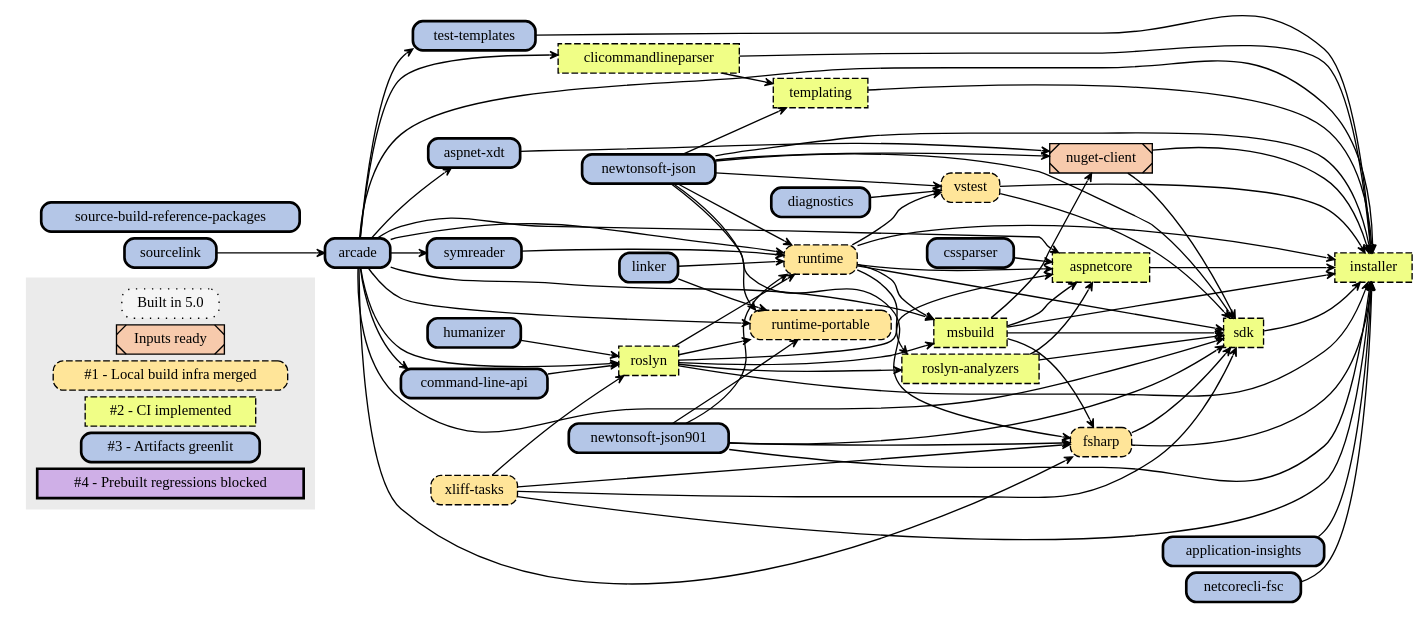
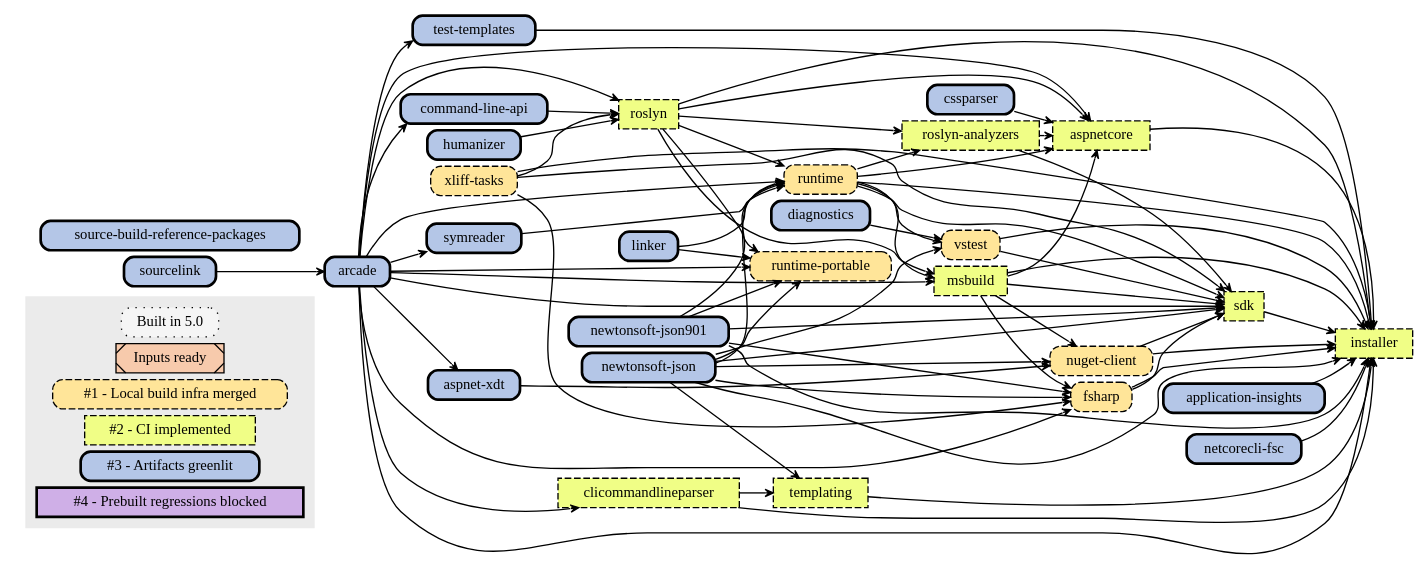
The diagram in Documentation/planning/arcade-powered-source-build/img/implementation-plan-graph.dot (dotnet/source-build), drawn with Graphviz before and after one commit. The commit also changed other lines of this file, not shown here.

```diff
--- a/Documentation/planning/arcade-powered-source-build/img/implementation-plan-graph.dot
+++ b/Documentation/planning/arcade-powered-source-build/img/implementation-plan-graph.dot
@@ -1,147 +1,147 @@
 // dot.exe implementation-plan-graph.dot -Tsvg -o implementation-plan-graph.svg
 
 digraph {
 node[
   shape=rect
   width=0 height=0 margin=0.07
   style=filled
   fontsize=11]
 edge[
   penwidth=1
   arrowsize=0.6
   arrowhead=vee
   pencolor="#444444"]
 rankdir=LR
 nodesep=0.07
 ranksep=0.08
 
 node [fillcolor="#F5F5F5",style="dotted,filled,rounded",tooltip="Built"]
 "pre0"[label="Built in 5.0"]
 
 node [fillcolor="#F7CAAC",style="filled,diagonals",tooltip="Inputs ready"]
 "pre1"[label="Inputs ready"]
-"nuget-client"
 
 node [fillcolor="#FFE599",style="dashed,filled,rounded",tooltip="1"]
 "s1"[label="#1 - Local build infra merged"]
 "fsharp"
-"vstest"
+"nuget-client"
 "runtime-portable"
 "runtime"
 "xliff-tasks"
+"vstest"
 
 node [fillcolor="#F0FE86",style="dashed,filled",tooltip="2"]
 "s2"[label="#2 - CI implemented"]
 "aspnetcore"
 "clicommandlineparser"
 "installer"
 "msbuild"
 "roslyn"
 "roslyn-analyzers"
 "sdk"
 "templating"
 
 node [fillcolor="#B4C6E7",style="bold,filled,rounded",tooltip="3"]
 "s3"[label="#3 - Artifacts greenlit"]
 "application-insights"
 "arcade"
 "aspnet-xdt"
 "command-line-api"
 "cssparser"
 "diagnostics"
 "humanizer"
 "linker"
 "netcorecli-fsc"
 "newtonsoft-json"
 "newtonsoft-json901"
 "source-build-reference-packages"
 "sourcelink"
 "symreader"
 "test-templates"
 
 node [fillcolor="#CFAFE7",style="bold,filled",tooltip="4"]
 "s4"[label="#4 - Prebuilt regressions blocked"]
 
 // Color all future nodes red. All nodes should be accounted for: red means they need a category.
 node [fillcolor="#FF0000",style=filled]
 
 subgraph clusterLegend {
   style=filled
   color="#ebebeb"
   "pre0" "pre1" "s1" "s2" "s3" "s4"
 }
 
 // Remaining text created by generate-graphviz.proj based on repos/*.proj:
 "sourcelink" -> "arcade"
 "arcade" -> "aspnet-xdt"
 "arcade" -> "aspnetcore"
 "cssparser" -> "aspnetcore"
 "runtime" -> "aspnetcore"
 "msbuild" -> "aspnetcore"
 "roslyn" -> "aspnetcore"
 "roslyn-analyzers" -> "aspnetcore"
 "arcade" -> "clicommandlineparser"
 "arcade" -> "command-line-api"
 "arcade" -> "fsharp"
 "msbuild" -> "fsharp"
 "newtonsoft-json901" -> "fsharp"
 "newtonsoft-json" -> "fsharp"
 "xliff-tasks" -> "fsharp"
 "application-insights" -> "installer"
 "arcade" -> "installer"
 "aspnetcore" -> "installer"
 "clicommandlineparser" -> "installer"
 "fsharp" -> "installer"
 "msbuild" -> "installer"
 "netcorecli-fsc" -> "installer"
 "newtonsoft-json" -> "installer"
 "newtonsoft-json901" -> "installer"
 "nuget-client" -> "installer"
 "roslyn" -> "installer"
 "runtime" -> "installer"
 "sdk" -> "installer"
 "templating" -> "installer"
 "test-templates" -> "installer"
 "vstest" -> "installer"
 "xliff-tasks" -> "installer"
 "arcade" -> "msbuild"
 "runtime" -> "msbuild"
 "roslyn" -> "msbuild"
 "newtonsoft-json" -> "nuget-client"
 "msbuild" -> "nuget-client"
 "aspnet-xdt" -> "nuget-client"
 "runtime" -> "roslyn-analyzers"
 "roslyn" -> "roslyn-analyzers"
 "arcade" -> "roslyn"
 "command-line-api" -> "roslyn"
 "humanizer" -> "roslyn"
 "xliff-tasks" -> "roslyn"
 "arcade" -> "runtime-portable"
 "linker" -> "runtime-portable"
 "newtonsoft-json" -> "runtime-portable"
 "newtonsoft-json901" -> "runtime-portable"
 "roslyn" -> "runtime-portable"
 "arcade" -> "runtime"
 "symreader" -> "runtime"
 "linker" -> "runtime"
 "newtonsoft-json" -> "runtime"
 "newtonsoft-json901" -> "runtime"
 "roslyn" -> "runtime"
 "arcade" -> "sdk"
 "xliff-tasks" -> "sdk"
 "runtime" -> "sdk"
 "msbuild" -> "sdk"
 "newtonsoft-json" -> "sdk"
 "newtonsoft-json901" -> "sdk"
 "nuget-client" -> "sdk"
 "roslyn-analyzers" -> "sdk"
 "vstest" -> "sdk"
 "fsharp" -> "sdk"
 "arcade" -> "symreader"
 "clicommandlineparser" -> "templating"
 "newtonsoft-json" -> "templating"
 "arcade" -> "test-templates"
 "diagnostics" -> "vstest"
 "runtime" -> "vstest"
 "newtonsoft-json" -> "vstest"
 }
```
